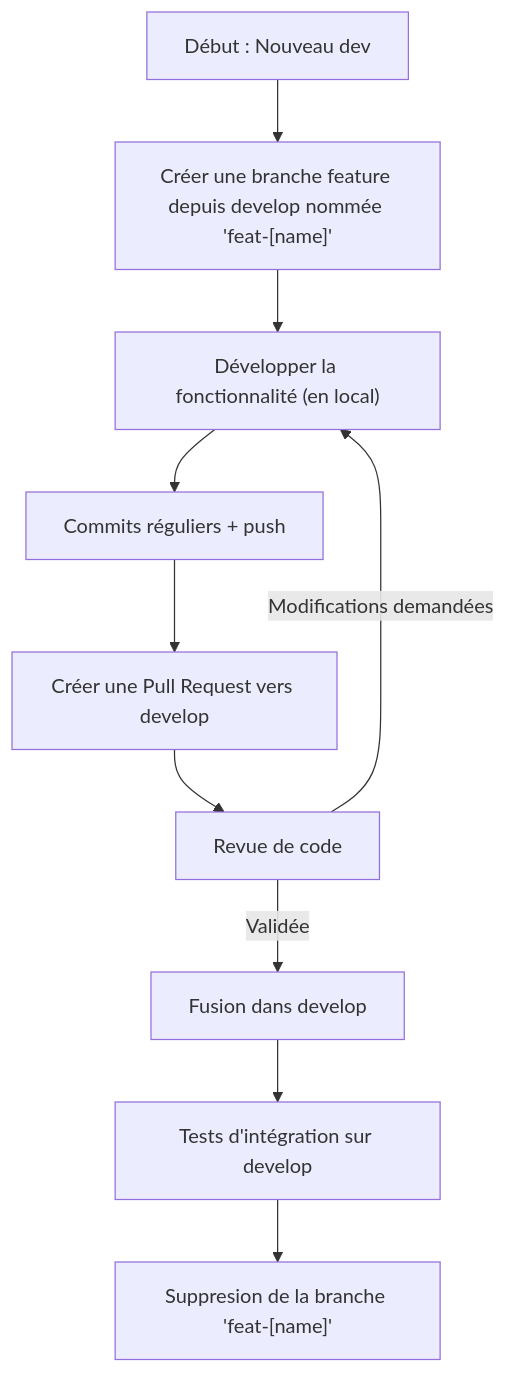
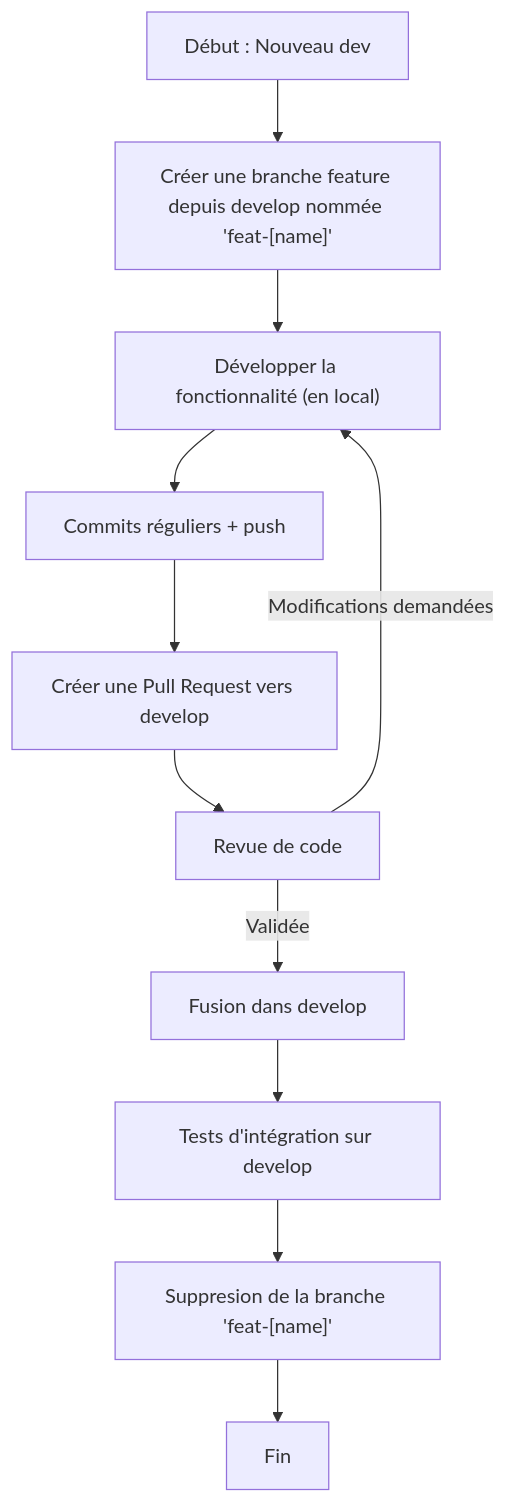
One commit to Mips2648/jeedom-plugins-docs changed the first of 3 diagrams in gitflow.md. Above: the diagram before and after it, drawn with Mermaid.

Commit message:
Add end node to GitFlow diagram for clarity on feature branch lifecycle

````diff
--- a/gitflow.md
+++ b/gitflow.md
@@ -55,12 +55,13 @@
 ```mermaid
 flowchart TD
 A[Début : Nouveau dev] --> B["Créer une branche feature depuis develop nommée 'feat-[name]'"]
 B --> C["Développer la fonctionnalité (en local)"]
 C --> D[Commits réguliers + push]
 D --> E[Créer une Pull Request vers develop]
 E --> F[Revue de code]
 F -->|Validée| G[Fusion dans develop]
 F -->|Modifications demandées| C
 G --> H[Tests d'intégration sur develop]
 H --> I["Suppresion de la branche 'feat-[name]'"]
+I --> Z[Fin]
 ```
````
